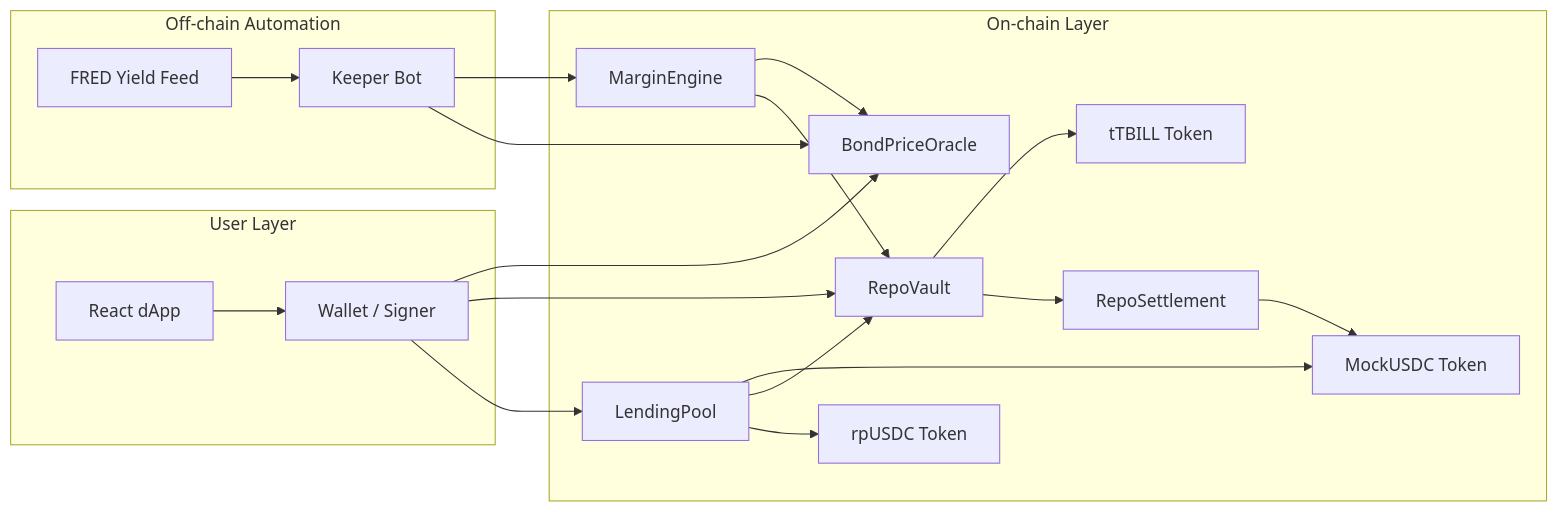
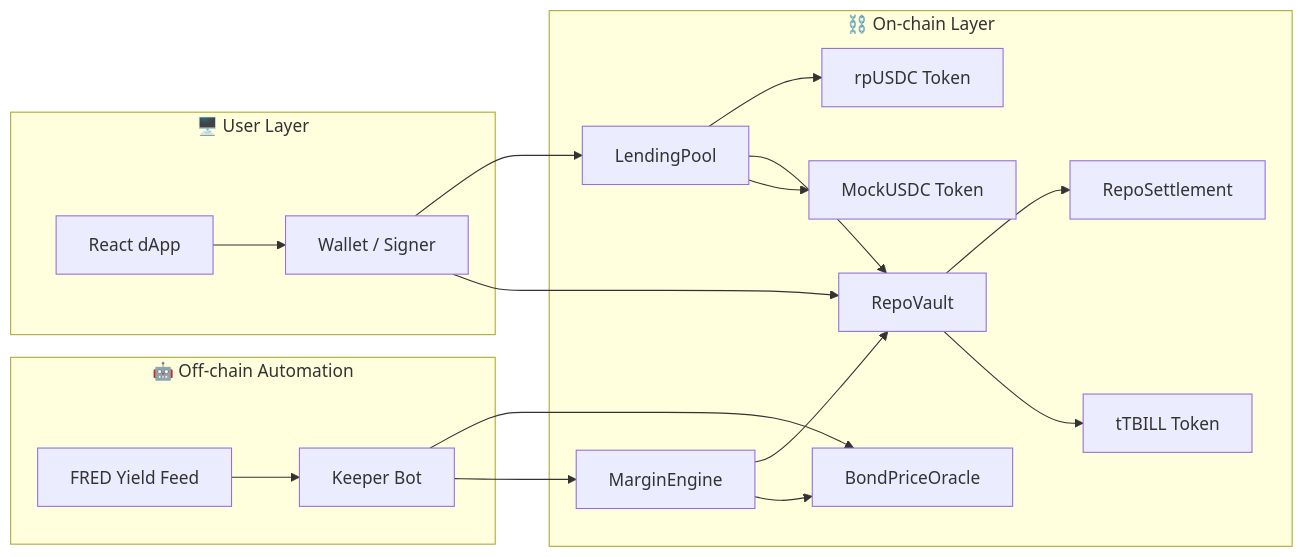
Before and after one commit to Aditya-alchemist/Decentralized-Tokenized-Repo-System: the second of 5 diagrams in README.md, drawn with Mermaid. The commit also changed other lines of this file, not shown here.

````diff
--- a/README.md
+++ b/README.md
@@ -97,41 +149,35 @@
 ```mermaid
 flowchart LR
-		subgraph UX[User Layer]
-				FE[React dApp]
-				W[Wallet / Signer]
-		end
+    subgraph UX["🖥️ User Layer"]
+        FE[React dApp]
+        W[Wallet / Signer]
+    end
 
-		subgraph CHAIN[On-chain Layer]
-				LP2[LendingPool]
-				RV2[RepoVault]
-				RS2[RepoSettlement]
-				ME2[MarginEngine]
-				OR2[BondPriceOracle]
-				TB[tTBILL Token]
-				US[MockUSDC Token]
-				RP[rpUSDC Token]
-		end
+    subgraph CHAIN["⛓️ On-chain Layer"]
+        LP2[LendingPool]
+        RV2[RepoVault]
+        RS2[RepoSettlement]
+        ME2[MarginEngine]
+        OR2[BondPriceOracle]
+        TB[tTBILL Token]
+        US[MockUSDC Token]
+        RP[rpUSDC Token]
+    end
 
-		subgraph OFFCHAIN[Off-chain Automation]
-				KP[Keeper Bot]
-				FD[FRED Yield Feed]
-		end
+    subgraph OFFCHAIN["🤖 Off-chain Automation"]
+        KP[Keeper Bot]
+        FD[FRED Yield Feed]
+    end
 
-		FE --> W
-		W --> LP2
-		W --> RV2
-		W --> OR2
-
-		LP2 --> RP
-		LP2 --> RV2
-		RV2 --> RS2
-		RV2 --> TB
-		LP2 --> US
-		RS2 --> US
-		ME2 --> RV2
-		ME2 --> OR2
-
-		FD --> KP
-		KP --> OR2
-		KP --> ME2
+    FE --> W --> LP2
+    W --> RV2
+    LP2 --> RP
+    LP2 --> RV2
+    RV2 --> RS2
+    RV2 --> TB
+    LP2 --> US
+    ME2 --> RV2
+    ME2 --> OR2
+    FD --> KP --> OR2
+    KP --> ME2
 ```
````
